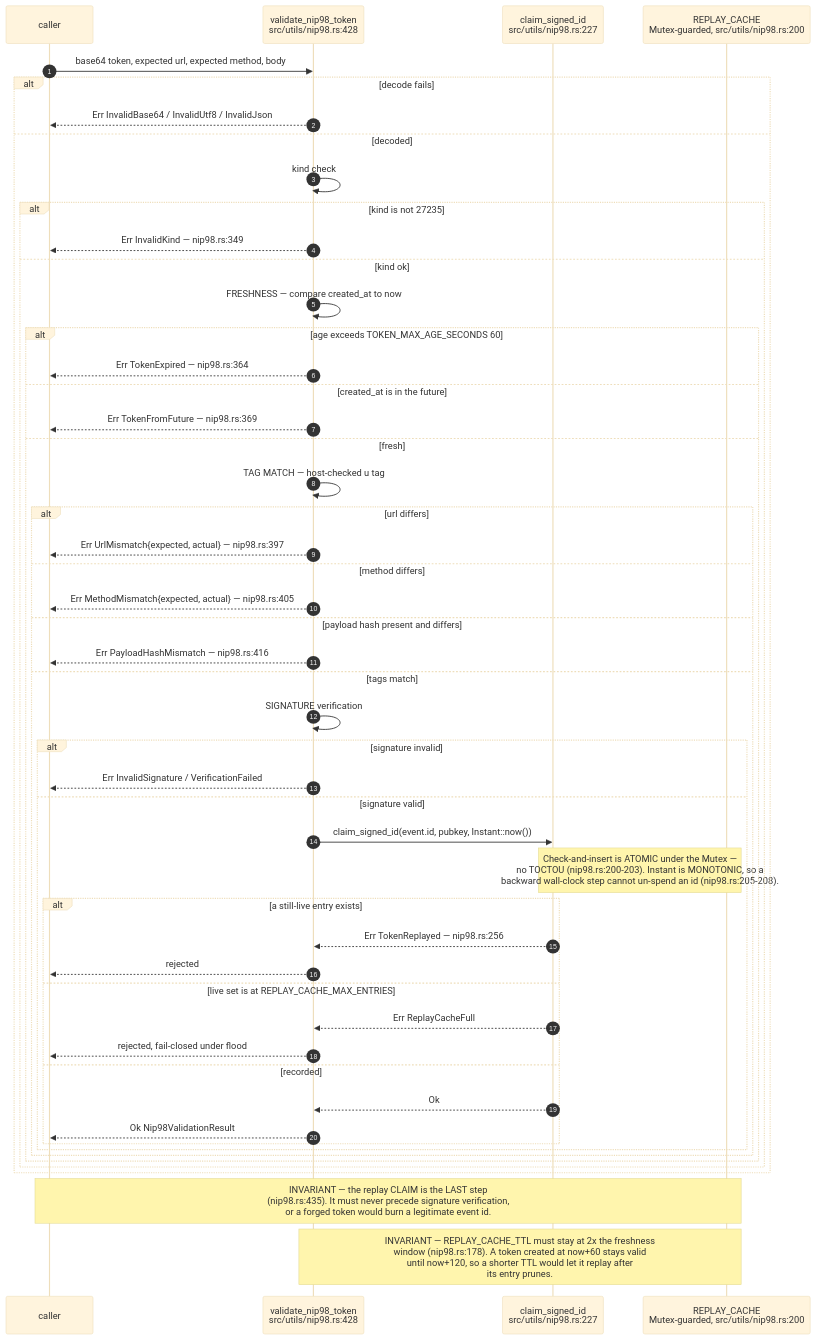
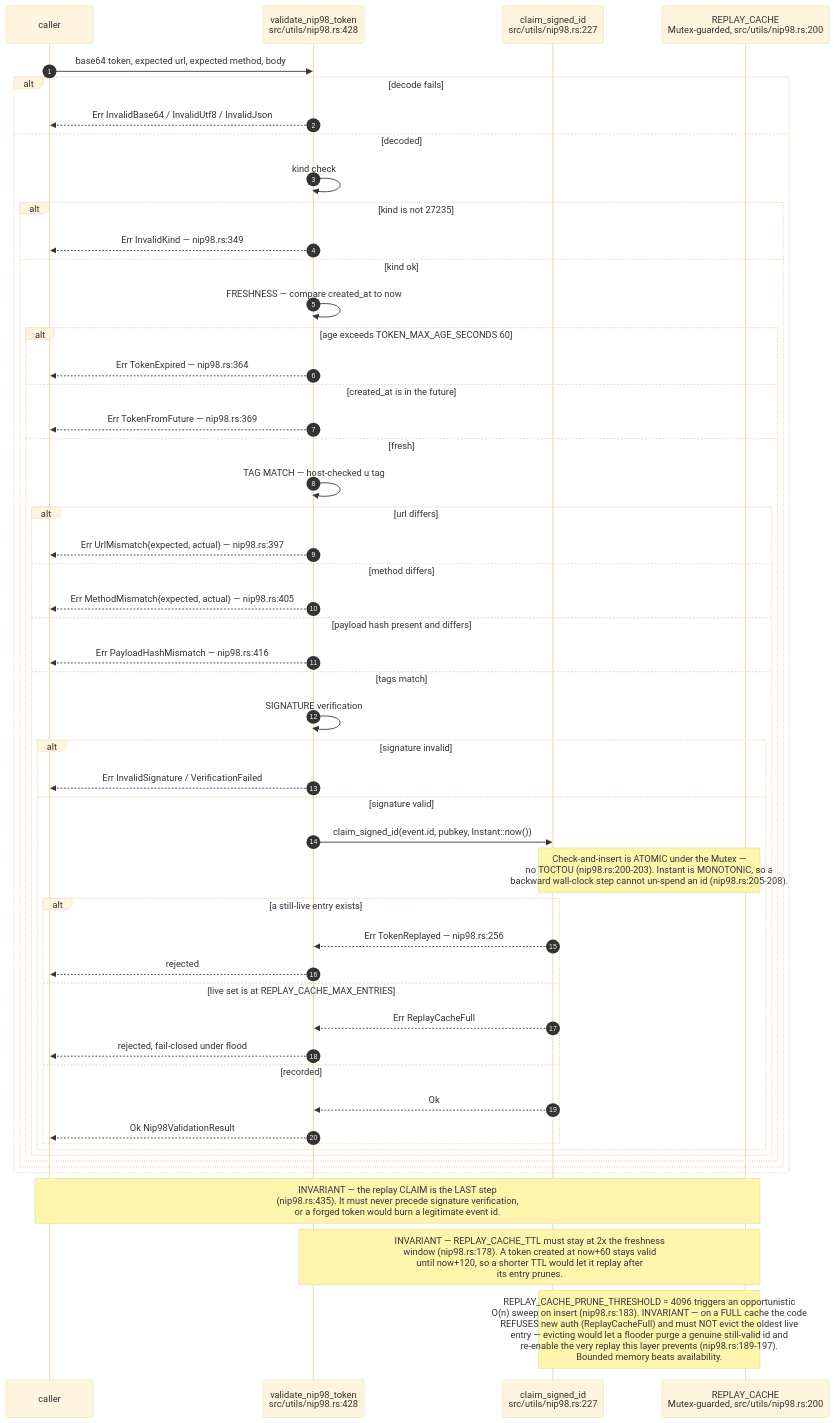
The second of 6 diagrams in docs/diagrams/estate/04-identity-mesh-did-nostr.md (DreamLab-AI/VisionFlow), drawn with Mermaid (base theme) before and after one commit. The commit also changed other lines of this file and 136 other files, not shown here.

First line of the commit message:
docs(diagrams): refresh the whole corpus to code HEAD and prune low-value diagrams

````diff
--- a/docs/diagrams/estate/04-identity-mesh-did-nostr.md
+++ b/docs/diagrams/estate/04-identity-mesh-did-nostr.md
@@ -134,54 +79,55 @@
 ```mermaid
 sequenceDiagram
     autonumber
     participant C as caller
     participant V as validate_nip98_token<br/>src/utils/nip98.rs:428
     participant R as claim_signed_id<br/>src/utils/nip98.rs:227
     participant CACHE as REPLAY_CACHE<br/>Mutex-guarded, src/utils/nip98.rs:200
 
     C->>V: base64 token, expected url, expected method, body
     alt decode fails
         V-->>C: Err InvalidBase64 / InvalidUtf8 / InvalidJson
     else decoded
         V->>V: kind check
         alt kind is not 27235
             V-->>C: Err InvalidKind — nip98.rs:349
         else kind ok
             V->>V: FRESHNESS — compare created_at to now
             alt age exceeds TOKEN_MAX_AGE_SECONDS 60
                 V-->>C: Err TokenExpired — nip98.rs:364
             else created_at is in the future
                 V-->>C: Err TokenFromFuture — nip98.rs:369
             else fresh
                 V->>V: TAG MATCH — host-checked u tag
                 alt url differs
                     V-->>C: Err UrlMismatch{expected, actual} — nip98.rs:397
                 else method differs
                     V-->>C: Err MethodMismatch{expected, actual} — nip98.rs:405
                 else payload hash present and differs
                     V-->>C: Err PayloadHashMismatch — nip98.rs:416
                 else tags match
                     V->>V: SIGNATURE verification
                     alt signature invalid
                         V-->>C: Err InvalidSignature / VerificationFailed
                     else signature valid
                         V->>R: claim_signed_id(event.id, pubkey, Instant::now())
                         Note over R,CACHE: Check-and-insert is ATOMIC under the Mutex —<br/>no TOCTOU (nip98.rs:200-203). Instant is MONOTONIC, so a<br/>backward wall-clock step cannot un-spend an id (nip98.rs:205-208).
                         alt a still-live entry exists
                             R-->>V: Err TokenReplayed — nip98.rs:256
                             V-->>C: rejected
                         else live set is at REPLAY_CACHE_MAX_ENTRIES
                             R-->>V: Err ReplayCacheFull
                             V-->>C: rejected, fail-closed under flood
                         else recorded
                             R-->>V: Ok
                             V-->>C: Ok Nip98ValidationResult
                         end
                     end
                 end
             end
         end
     end
     Note over C,CACHE: INVARIANT — the replay CLAIM is the LAST step<br/>(nip98.rs:435). It must never precede signature verification,<br/>or a forged token would burn a legitimate event id.
     Note over V,CACHE: INVARIANT — REPLAY_CACHE_TTL must stay at 2x the freshness<br/>window (nip98.rs:178). A token created at now+60 stays valid<br/>until now+120, so a shorter TTL would let it replay after<br/>its entry prunes.
+    Note over R,CACHE: REPLAY_CACHE_PRUNE_THRESHOLD = 4096 triggers an opportunistic<br/>O(n) sweep on insert (nip98.rs:183). INVARIANT — on a FULL cache the code<br/>REFUSES new auth (ReplayCacheFull) and must NOT evict the oldest live<br/>entry — evicting would let a flooder purge a genuine still-valid id and<br/>re-enable the very replay this layer prevents (nip98.rs:189-197).<br/>Bounded memory beats availability.
 ```
````
